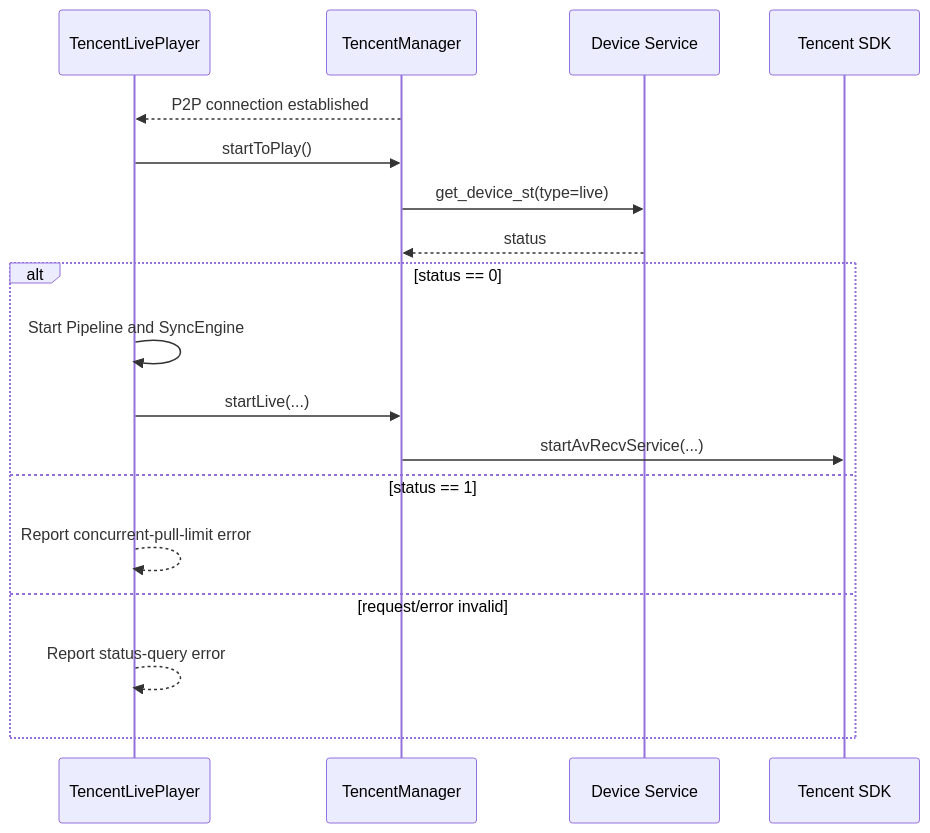
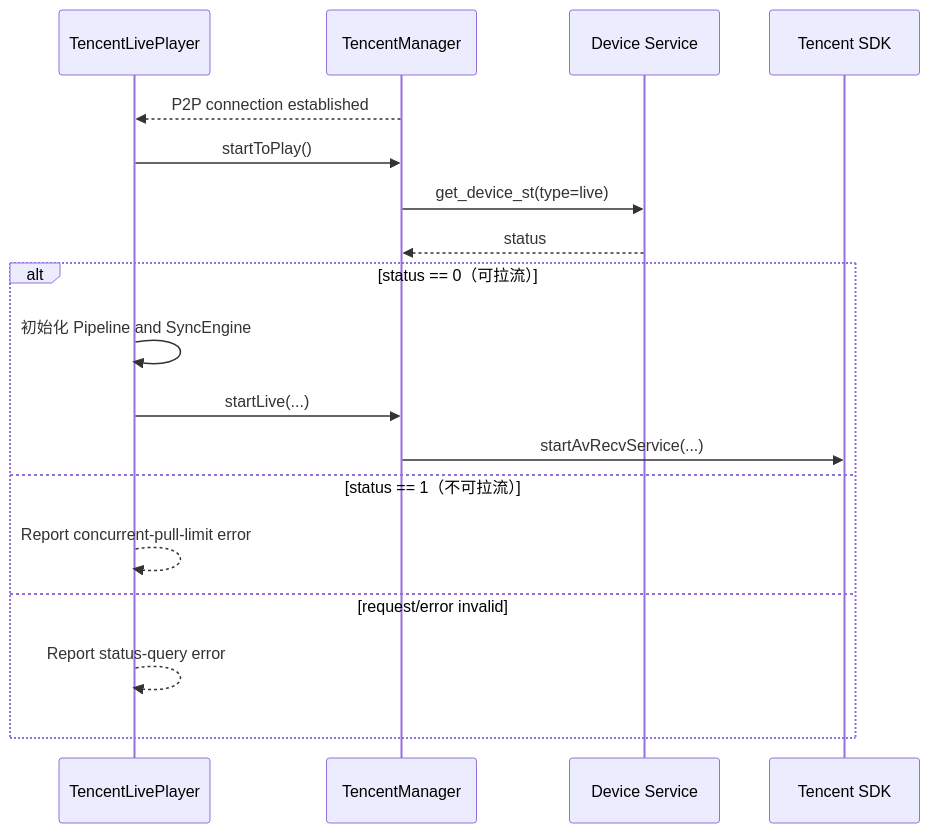
One commit to zhoujiedetian/Blogs changed the fifth of 9 diagrams in Tenda-安防/Blog/安防腾讯设备直播流程解析.md. Above: the diagram before and after it, drawn with Mermaid. The commit also changed other lines of this file, not shown here.

````diff
--- a/Tenda-安防/Blog/安防腾讯设备直播流程解析.md
+++ b/Tenda-安防/Blog/安防腾讯设备直播流程解析.md
@@ -230,22 +319,22 @@
 ```mermaid
 sequenceDiagram
     participant Player as TencentLivePlayer
     participant Manager as TencentManager
     participant Device as Device Service
     participant SDK as Tencent SDK
 
     Manager-->>Player: P2P connection established
     Player->>Manager: startToPlay()
     Manager->>Device: get_device_st(type=live)
     Device-->>Manager: status
 
-    alt status == 0
-        Player->>Player: Start Pipeline and SyncEngine
+    alt status == 0（可拉流）
+        Player->>Player: 初始化 Pipeline and SyncEngine
         Player->>Manager: startLive(...)
         Manager->>SDK: startAvRecvService(...)
-    else status == 1
+    else status == 1（不可拉流）
         Player-->>Player: Report concurrent-pull-limit error
     else request/error invalid
         Player-->>Player: Report status-query error
     end
 ```
````
